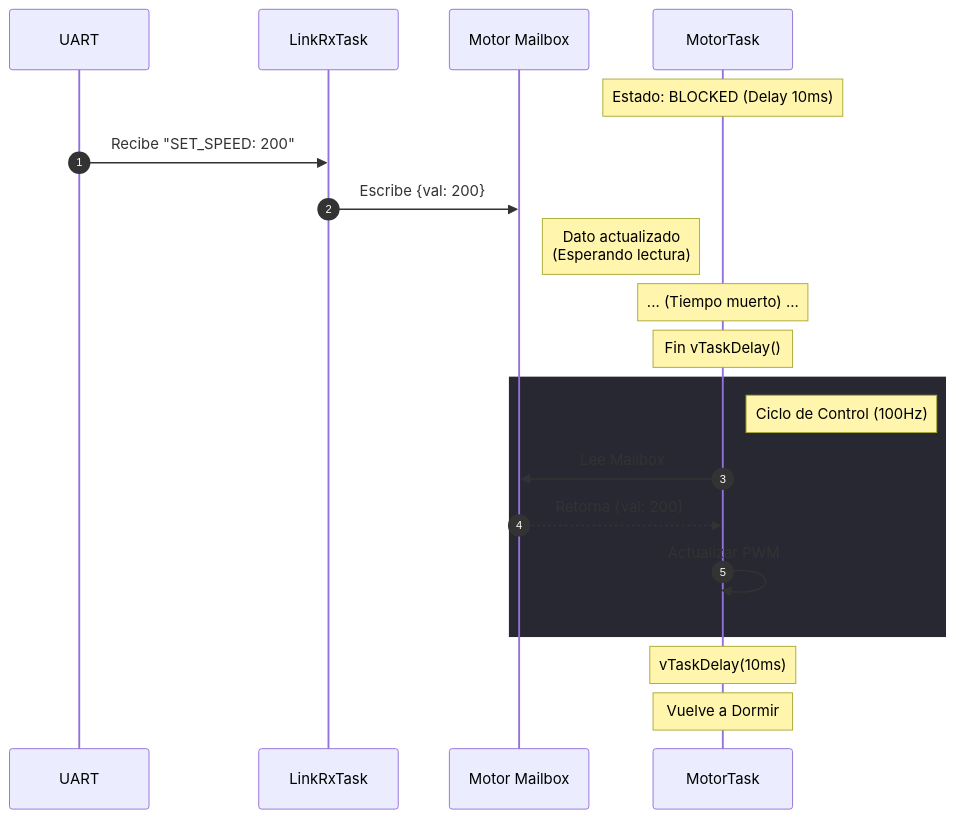
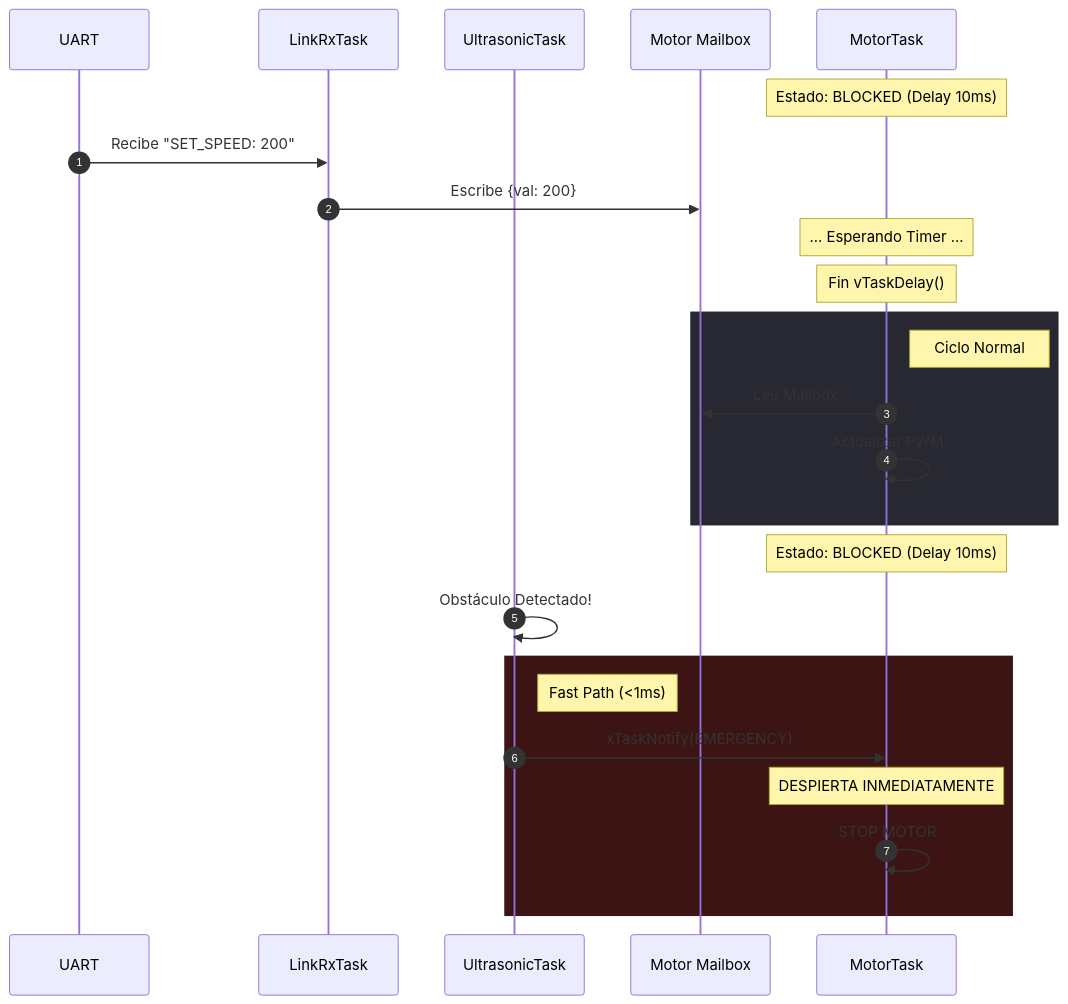
Before and after one commit to Robot-Autonomo-de-Laboratorio-BFMC/embedded: the first of 2 diagrams in README.md, drawn with Mermaid. The commit also changed other lines of this file, not shown here.

First line of the commit message:
Revise terminology and enhance architecture description

````diff
--- a/README.md
+++ b/README.md
@@ -70,31 +98,34 @@
 ```mermaid
 sequenceDiagram
     autonumber
     participant UART
     participant Producer as LinkRxTask
+    participant Safety as UltrasonicTask
     participant Data as Motor Mailbox
     participant Consumer as MotorTask
 
+    %% CASO 1: COMANDO NORMAL (POLLING)
     Note over Consumer: Estado: BLOCKED (Delay 10ms)
-
-    %% El dato llega mientras la tarea duerme
     UART->>Producer: Recibe "SET_SPEED: 200"
     Producer->>Data: Escribe {val: 200}
-    Note right of Data: Dato actualizado<br/>(Esperando lectura)
-
-    %% La tarea sigue durmiendo...
-    Note over Consumer: ... (Tiempo muerto) ...
-
-    %% Finalmente despierta por el Timer
+    
+    Note over Consumer: ... Esperando Timer ...
+    
     Note over Consumer: Fin vTaskDelay()
-    
     rect rgb(40, 40, 50)
-        note right of Consumer: Ciclo de Control (100Hz)
+        note right of Consumer: Ciclo Normal
         Consumer->>Data: Lee Mailbox
-        Data-->>Consumer: Retorna {val: 200}
         Consumer->>Consumer: Actualizar PWM
     end
 
-    Note over Consumer: vTaskDelay(10ms)
-    Note over Consumer: Vuelve a Dormir
+    %% CASO 2: EMERGENCIA (FAST PATH)
+    Note over Consumer: Estado: BLOCKED (Delay 10ms)
+    Safety->>Safety: Obstáculo Detectado!
+    
+    rect rgb(60, 20, 20)
+        note right of Safety: Fast Path (<1ms)
+        Safety->>Consumer: xTaskNotify(EMERGENCY)
+        Note over Consumer: DESPIERTA INMEDIATAMENTE
+        Consumer->>Consumer: STOP MOTOR
+    end
 ```
````
